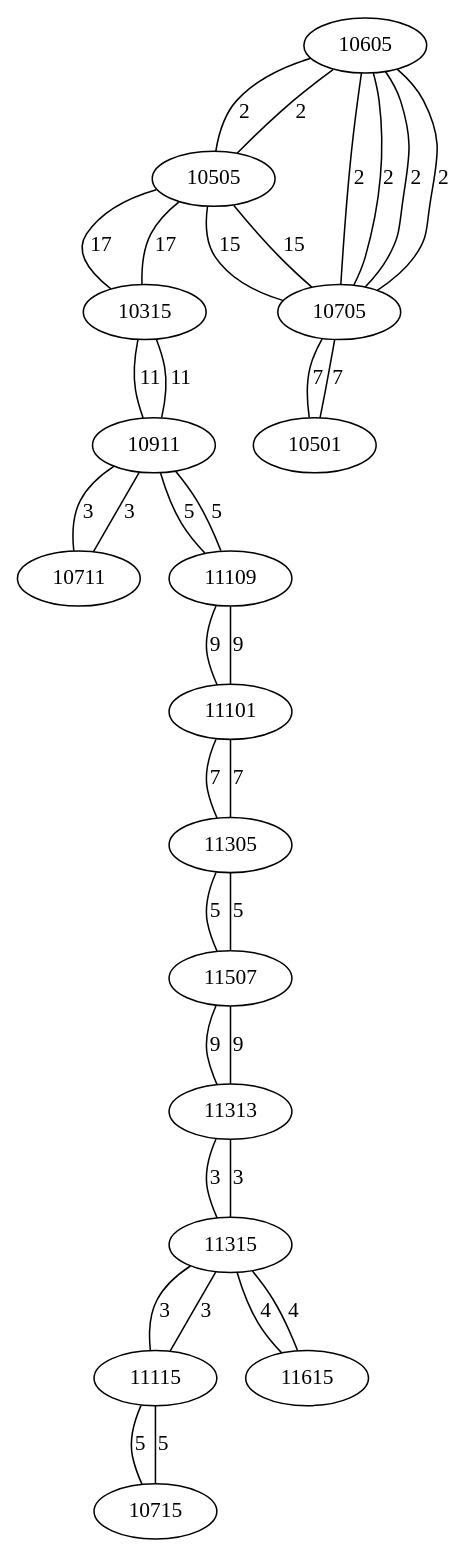
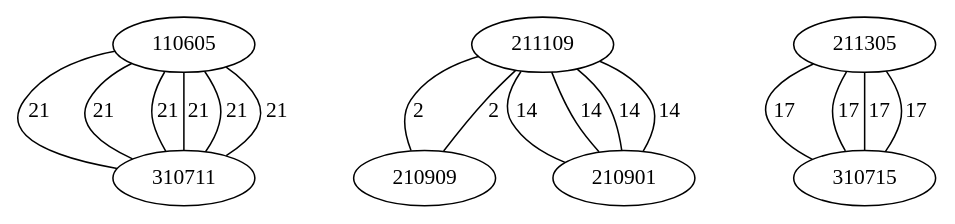
Before and after one commit to AsmNoob/Labyrinthe: the diagram in Graph.dot, drawn with Graphviz. The commit also changed 4 other files, not shown here.

Commit message:
[grap] bon j'ai trouvé une autre maniere de faire mais du coup je dois refaire tout mon create-graphe mais pas le teps maintenant bref c'est en standbye

```diff
--- a/Graph.dot
+++ b/Graph.dot
@@ -1,38 +1,20 @@
 graph chemin {
 
-	10605 -- 10505 [label=2]
-	10605 -- 10705 [label=2]
-	10605 -- 10705 [label=2]
-	10505 -- 10605 [label=2]
-	10505 -- 10315 [label=17]
-	10505 -- 10705 [label=15]
-	10315 -- 10505 [label=17]
-	10315 -- 10911 [label=11]
-	10911 -- 10315 [label=11]
-	10911 -- 10711 [label=3]
-	10911 -- 11109 [label=5]
-	10711 -- 10911 [label=3]
-	11109 -- 10911 [label=5]
-	11109 -- 11101 [label=9]
-	11101 -- 11109 [label=9]
-	11101 -- 11305 [label=7]
-	11305 -- 11101 [label=7]
-	11305 -- 11507 [label=5]
-	11507 -- 11305 [label=5]
-	11507 -- 11313 [label=9]
-	11313 -- 11507 [label=9]
-	11313 -- 11315 [label=3]
-	11315 -- 11313 [label=3]
-	11315 -- 11115 [label=3]
-	11315 -- 11615 [label=4]
-	11115 -- 11315 [label=3]
-	11115 -- 10715 [label=5]
-	10715 -- 11115 [label=5]
-	11615 -- 11315 [label=4]
-	10705 -- 10505 [label=15]
-	10705 -- 10605 [label=2]
-	10705 -- 10501 [label=7]
-	10705 -- 10605 [label=2]
-	10501 -- 10705 [label=7]
+	110605 -- 310711 [label=21]
+	110605 -- 310711 [label=21]
+	110605 -- 310711 [label=21]
+	310711 -- 110605 [label=21]
+	310711 -- 110605 [label=21]
+	310711 -- 110605 [label=21]
+	211109 -- 210909 [label=2]
+	211109 -- 210901 [label=14]
+	211109 -- 210901 [label=14]
+	210909 -- 211109 [label=2]
+	210901 -- 211109 [label=14]
+	210901 -- 211109 [label=14]
+	211305 -- 310715 [label=17]
+	211305 -- 310715 [label=17]
+	310715 -- 211305 [label=17]
+	310715 -- 211305 [label=17]
 
 }
```
